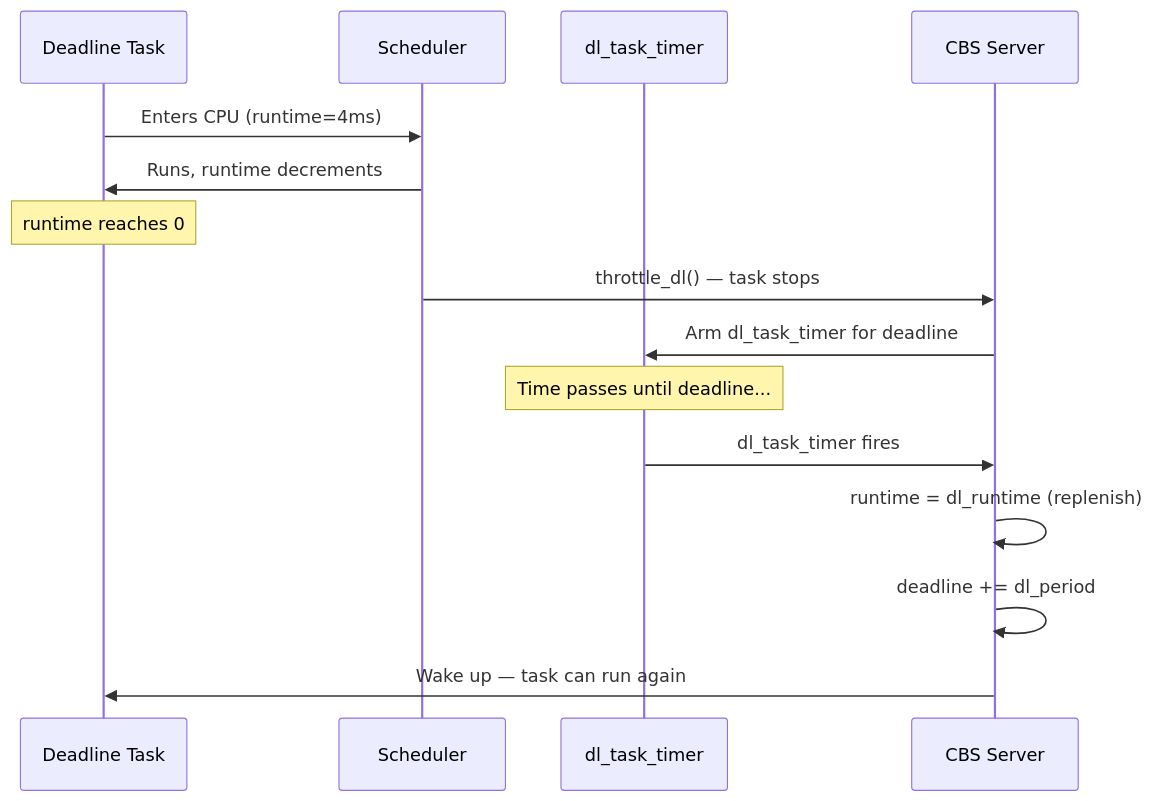
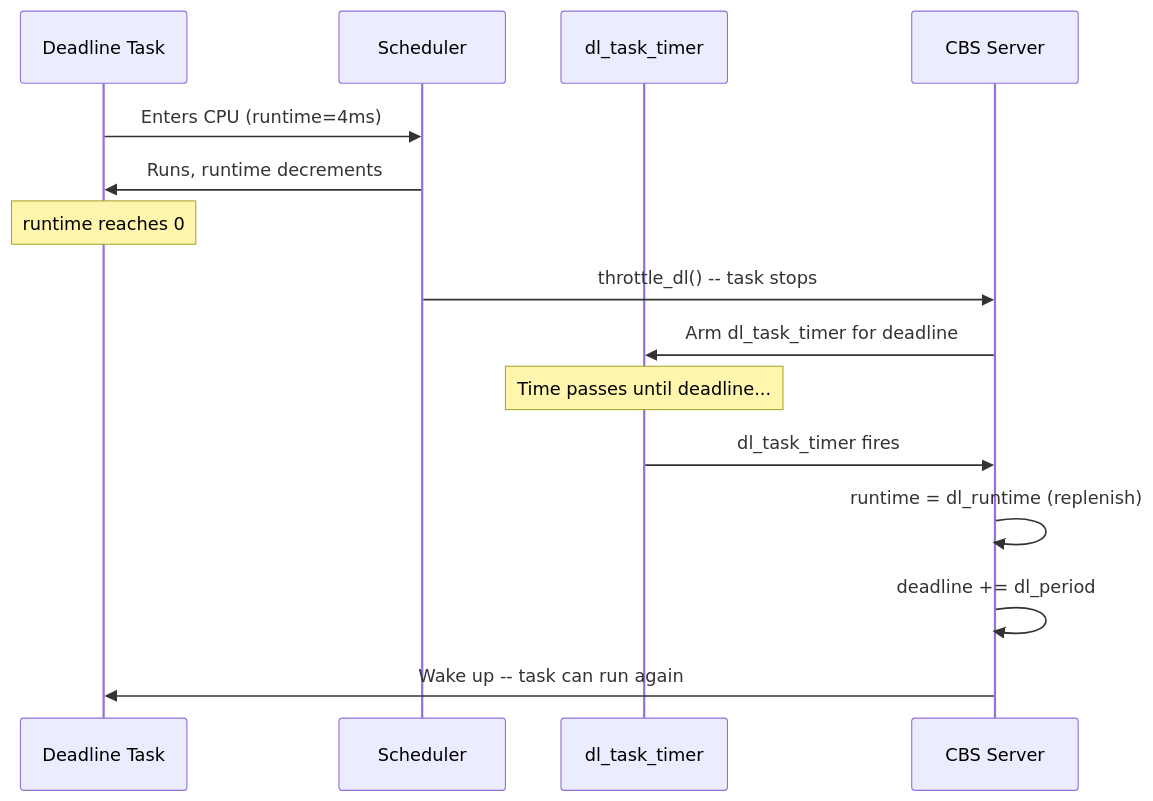
The fifth of 7 diagrams in src/kernel/processes/deadline-scheduling.md (Abhinav-Kumar012/lb2), drawn with Mermaid before and after one commit. The commit also changed other lines of this file and 211 other files, not shown here.

First line of the commit message:
fix: mermaid syntax issues across 212 files

````diff
--- a/src/kernel/processes/deadline-scheduling.md
+++ b/src/kernel/processes/deadline-scheduling.md
@@ -463,18 +463,18 @@
 ```mermaid
 sequenceDiagram
     participant Task as Deadline Task
     participant Sched as Scheduler
     participant Timer as dl_task_timer
     participant CBS as CBS Server
 
     Task->>Sched: Enters CPU (runtime=4ms)
     Sched->>Task: Runs, runtime decrements
     Note over Task: runtime reaches 0
-    Sched->>CBS: throttle_dl() — task stops
+    Sched->>CBS: throttle_dl() -- task stops
     CBS->>Timer: Arm dl_task_timer for deadline
     Note over Timer: Time passes until deadline...
     Timer->>CBS: dl_task_timer fires
     CBS->>CBS: runtime = dl_runtime (replenish)
     CBS->>CBS: deadline += dl_period
-    CBS->>Task: Wake up — task can run again
+    CBS->>Task: Wake up -- task can run again
 ```
````
